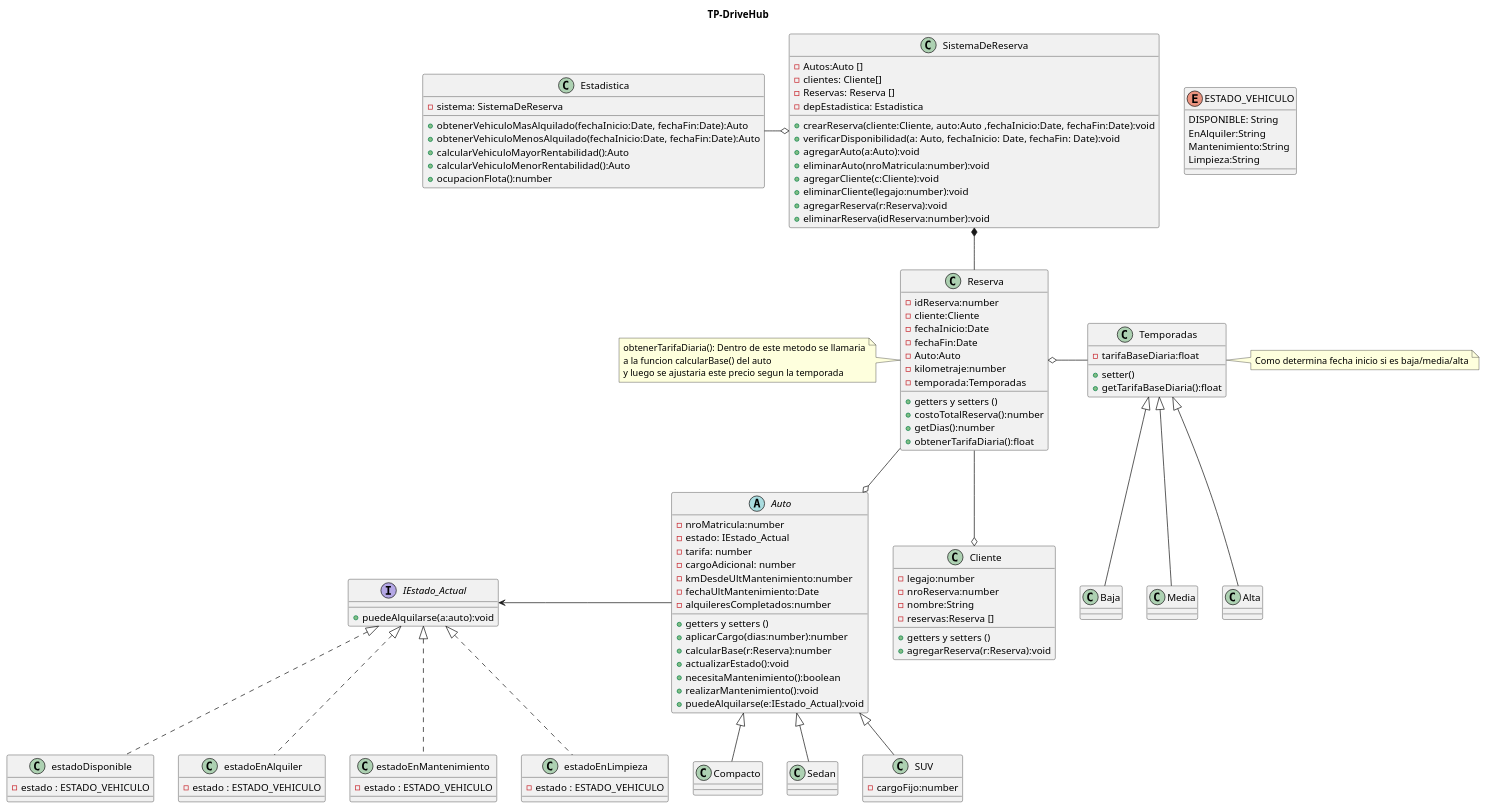
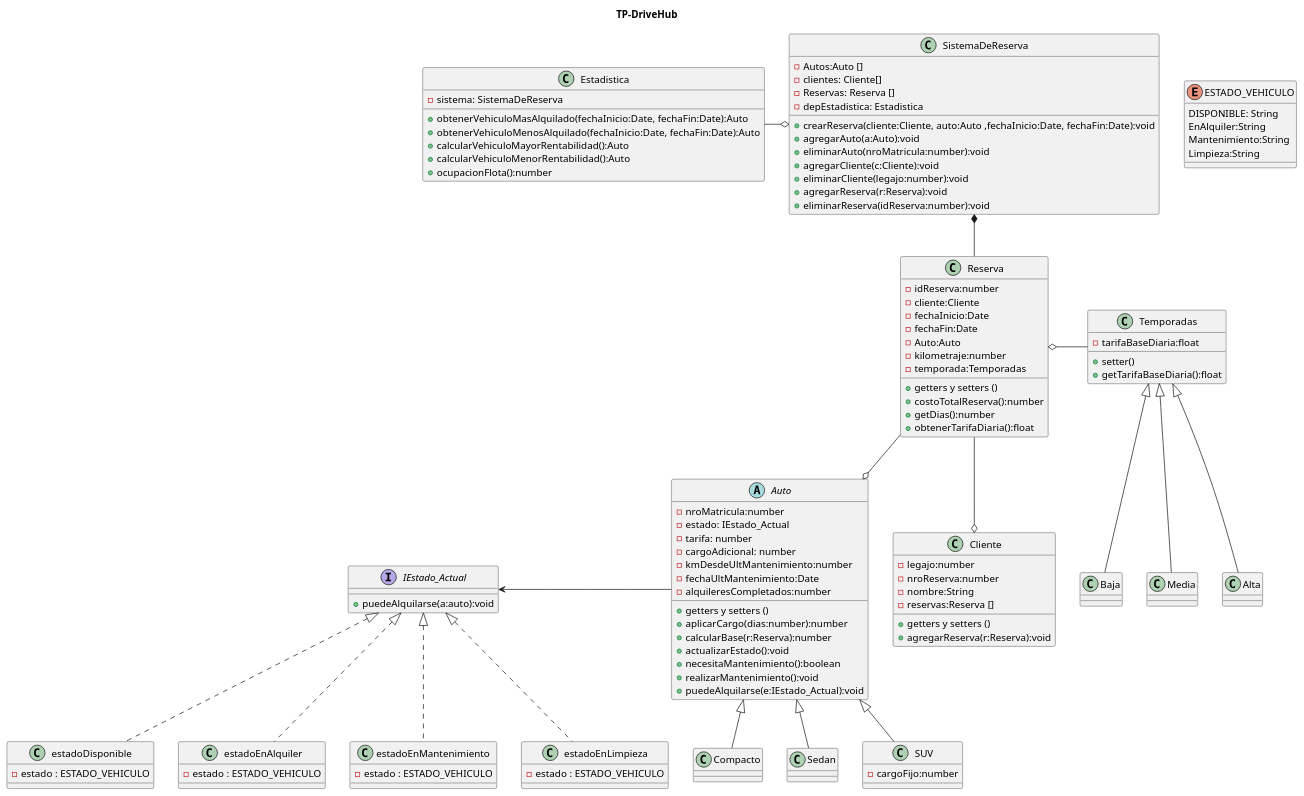
One commit to marketitos/TP-DriveHub-Grupo-6 changed the diagram in diagramas/clases/clases.puml. Above: the diagram before and after it, drawn with PlantUML. The commit also changed 49 other files, not shown here.

```diff
--- a/diagramas/clases/clases.puml
+++ b/diagramas/clases/clases.puml
@@ -1,150 +1,138 @@
 @startuml 
 
 title TP-DriveHub
 
 class SistemaDeReserva{
     - Autos:Auto []
     - clientes: Cliente[]
     - Reservas: Reserva []
     - depEstadistica: Estadistica
 
     + crearReserva(cliente:Cliente, auto:Auto ,fechaInicio:Date, fechaFin:Date):void
-    + verificarDisponibilidad(a: Auto, fechaInicio: Date, fechaFin: Date):void 
     + agregarAuto(a:Auto):void
     + eliminarAuto(nroMatricula:number):void
     + agregarCliente(c:Cliente):void
     + eliminarCliente(legajo:number):void
     + agregarReserva(r:Reserva):void
     + eliminarReserva(idReserva:number):void
 }
 
 
 
 
 class Reserva{
     - idReserva:number
     - cliente:Cliente
     - fechaInicio:Date
     - fechaFin:Date
     - Auto:Auto 
     - kilometraje:number 
     - temporada:Temporadas
 
     + getters y setters ()
     + costoTotalReserva():number
     + getDias():number
     + obtenerTarifaDiaria():float
 }
-
-note left of Reserva{
-    obtenerTarifaDiaria(): Dentro de este metodo se llamaria
-    a la funcion calcularBase() del auto 
-    y luego se ajustaria este precio segun la temporada 
-}
-
 
 
 
 abstract class Auto{
     - nroMatricula:number
     - estado: IEstado_Actual
     - tarifa: number
     - cargoAdicional: number
     - kmDesdeUltMantenimiento:number
     - fechaUltMantenimiento:Date
     - alquileresCompletados:number
 
     + getters y setters ()
     + aplicarCargo(dias:number):number
     + calcularBase(r:Reserva):number
     + actualizarEstado():void
     + necesitaMantenimiento():boolean
     + realizarMantenimiento():void
     + puedeAlquilarse(e:IEstado_Actual):void
 }
 class Compacto extends Auto{
 }
 class Sedan extends Auto{
 }
 
 class SUV extends Auto{
     - cargoFijo:number
 }
 
 class Estadistica{
     - sistema: SistemaDeReserva
 
     + obtenerVehiculoMasAlquilado(fechaInicio:Date, fechaFin:Date):Auto
     + obtenerVehiculoMenosAlquilado(fechaInicio:Date, fechaFin:Date):Auto
     + calcularVehiculoMayorRentabilidad():Auto
     + calcularVehiculoMenorRentabilidad():Auto
     + ocupacionFlota():number
 
 }
 
 class Cliente{
     - legajo:number
     - nroReserva:number
     - nombre:String
     - reservas:Reserva []
 
     + getters y setters ()
     + agregarReserva(r:Reserva):void
 }
 
 enum ESTADO_VEHICULO{
     DISPONIBLE: String
     EnAlquiler:String
     Mantenimiento:String
     Limpieza:String
 }
 
 class Temporadas{
     - tarifaBaseDiaria:float
 
     + setter()
     + getTarifaBaseDiaria():float
 }
 
-note right of Temporadas{
-    Como determina fecha inicio si es baja/media/alta
-}
-
 class Baja extends Temporadas{
 }
 class Media extends Temporadas{
 }
 class Alta extends Temporadas{
 }
 
 interface IEstado_Actual{
     + puedeAlquilarse(a:auto):void
 }
 
 class estadoDisponible implements IEstado_Actual{
     - estado : ESTADO_VEHICULO
 }
 class estadoEnAlquiler implements IEstado_Actual{
     - estado : ESTADO_VEHICULO
 }
 class estadoEnMantenimiento implements IEstado_Actual{
     - estado : ESTADO_VEHICULO
 }
 class estadoEnLimpieza implements IEstado_Actual{
     - estado : ESTADO_VEHICULO
 }
 
 Temporadas -left-o Reserva
 
 Reserva --o Auto
 
 Reserva --o Cliente
 
 Reserva -up-* SistemaDeReserva
 
 SistemaDeReserva o-left- Estadistica
 
 Auto -left->IEstado_Actual
 
 
 @enduml
```
